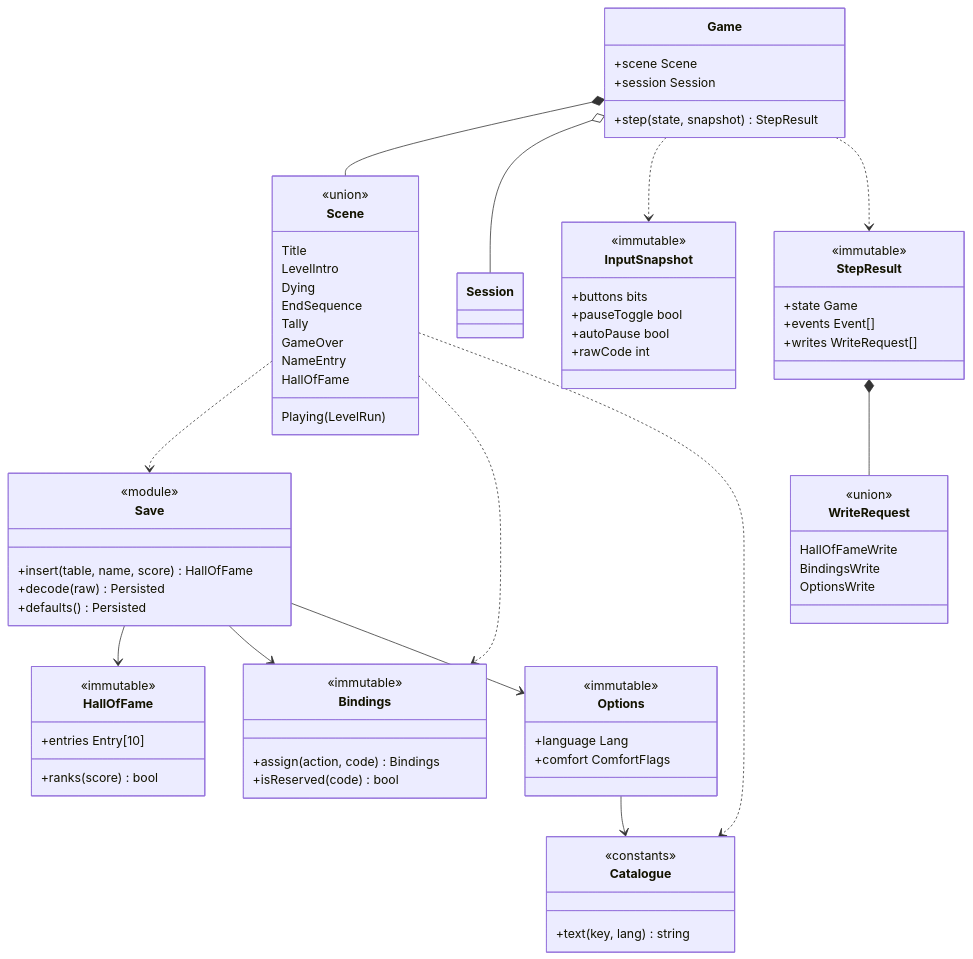
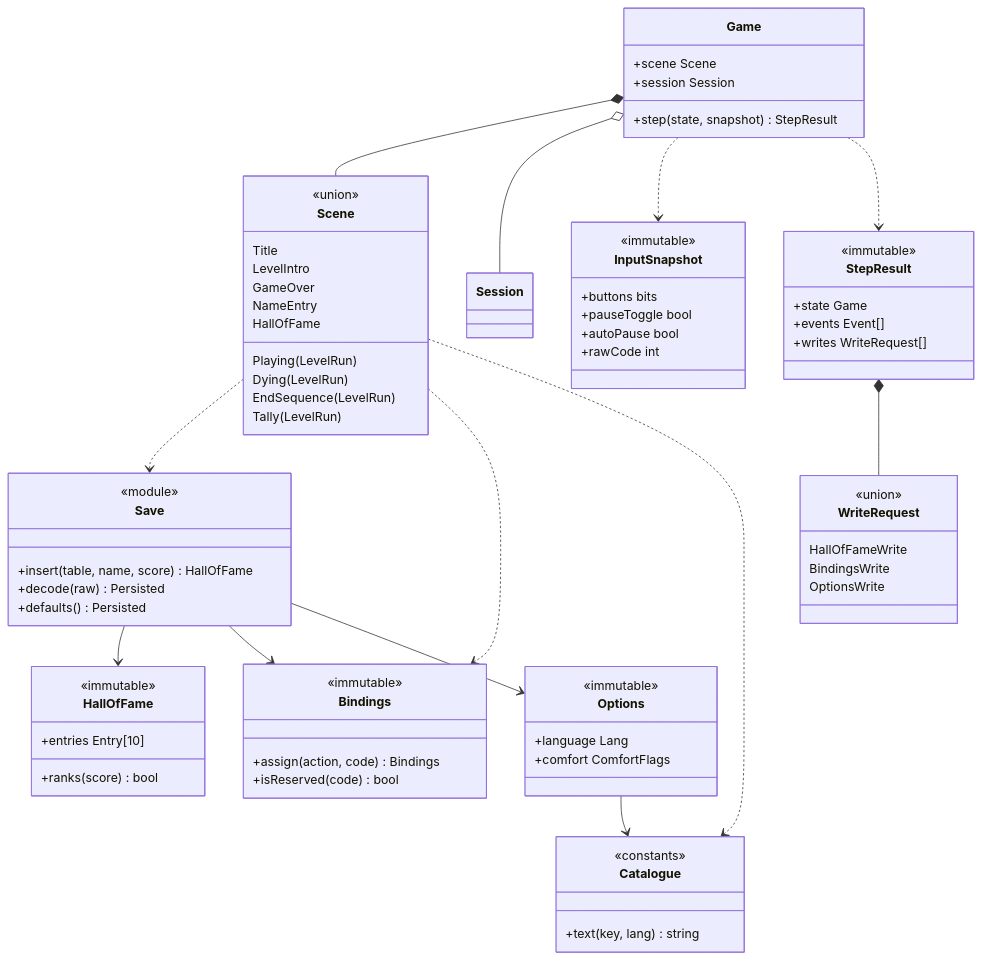
The diagram in docs/architecture/diagrams/meta/15-class-meta.md (benoit-bremaud/retro-plumber), drawn with Mermaid before and after one commit. The commit also changed other lines of this file and 1 other file, not shown here.

Commit message:
docs(uml): runs kept in post-playing scenes, diagram 15 serves UC1-UC6 (#8)

````diff
--- a/docs/architecture/diagrams/meta/15-class-meta.md
+++ b/docs/architecture/diagrams/meta/15-class-meta.md
@@ -14,76 +14,76 @@
 ```mermaid
 classDiagram
     class Game {
         +scene Scene
         +session Session
         +step(state, snapshot) StepResult
     }
     class Scene {
         <<union>>
         Title
         LevelIntro
         Playing(LevelRun)
-        Dying
-        EndSequence
-        Tally
+        Dying(LevelRun)
+        EndSequence(LevelRun)
+        Tally(LevelRun)
         GameOver
         NameEntry
         HallOfFame
     }
     class InputSnapshot {
         <<immutable>>
         +buttons bits
         +pauseToggle bool
         +autoPause bool
         +rawCode int
     }
     class StepResult {
         <<immutable>>
         +state Game
         +events Event[]
         +writes WriteRequest[]
     }
     class WriteRequest {
         <<union>>
         HallOfFameWrite
         BindingsWrite
         OptionsWrite
     }
     class Save {
         <<module>>
         +insert(table, name, score) HallOfFame
         +decode(raw) Persisted
         +defaults() Persisted
     }
     class HallOfFame {
         <<immutable>>
         +entries Entry[10]
         +ranks(score) bool
     }
     class Bindings {
         <<immutable>>
         +assign(action, code) Bindings
         +isReserved(code) bool
     }
     class Options {
         <<immutable>>
         +language Lang
         +comfort ComfortFlags
     }
     class Catalogue {
         <<constants>>
         +text(key, lang) string
     }
     Game *-- Scene
     Game o-- Session
     Game ..> InputSnapshot
     Game ..> StepResult
     StepResult *-- WriteRequest
     Scene ..> Save
     Scene ..> Bindings
     Save --> HallOfFame
     Save --> Bindings
     Save --> Options
     Scene ..> Catalogue
     Options --> Catalogue
 ```
````
